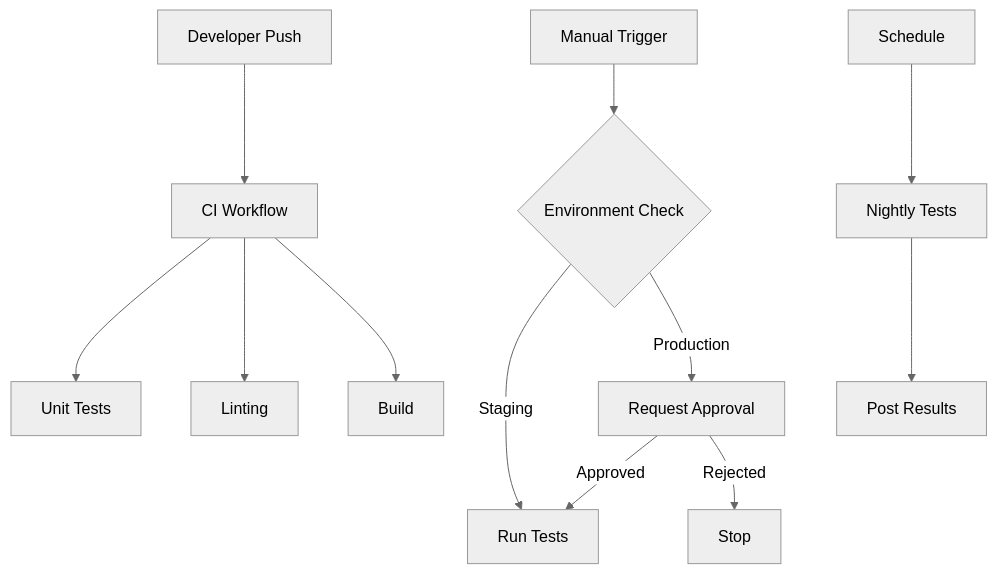
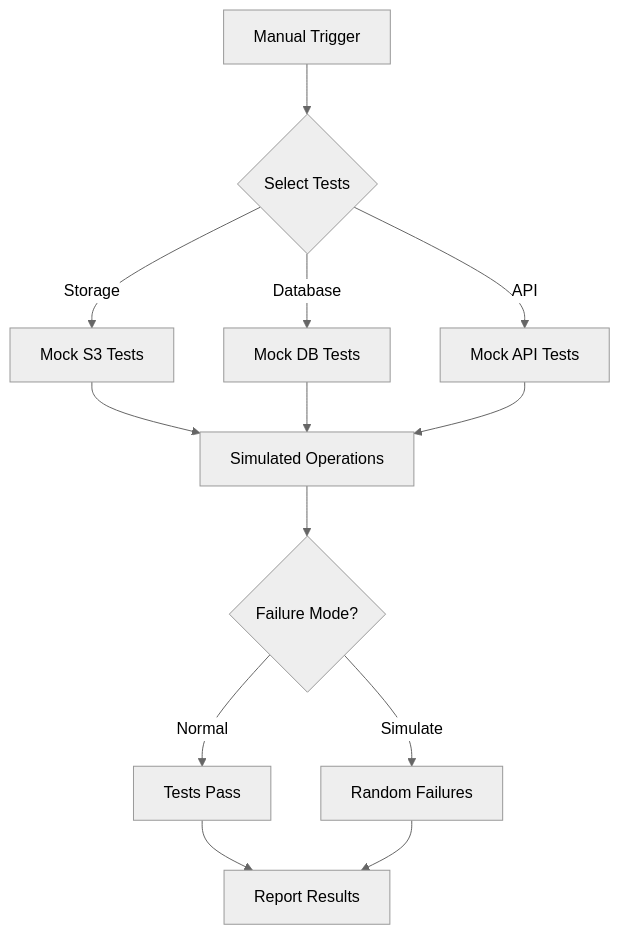
Before and after one commit to digitaldrywood/github-integration-testing-demo: the diagram in README.md, drawn with Mermaid (neutral theme). The commit also changed other lines of this file and 3 other files, not shown here.

First line of the commit message:
Update to simulated integration tests - no real credentials needed

````diff
--- a/README.md
+++ b/README.md
@@ -156,16 +92,18 @@
 ```mermaid
 graph TD
-    A[Developer Push] --> B[CI Workflow]
-    B --> C[Unit Tests]
-    B --> D[Linting]
-    B --> E[Build]
+    A[Manual Trigger] --> B{Select Tests}
+    B -->|Storage| C[Mock S3 Tests]
+    B -->|Database| D[Mock DB Tests]
+    B -->|API| E[Mock API Tests]
     
-    F[Manual Trigger] --> G{Environment Check}
-    G -->|Staging| H[Run Tests]
-    G -->|Production| I[Request Approval]
-    I -->|Approved| H
-    I -->|Rejected| J[Stop]
+    C --> F[Simulated Operations]
+    D --> F
+    E --> F
     
-    K[Schedule] --> L[Nightly Tests]
-    L --> M[Post Results]
+    F --> G{Failure Mode?}
+    G -->|Normal| H[Tests Pass]
+    G -->|Simulate| I[Random Failures]
+    
+    H --> J[Report Results]
+    I --> J
 ```
````
